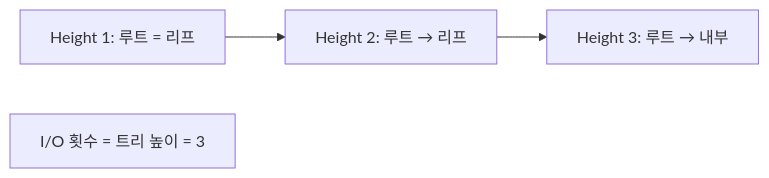
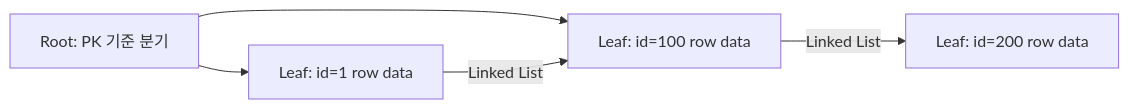
One commit to yjkim2015/yjkim2015.github.io changed the second of 4 diagrams in _posts/db/2026-05-01-db-index.md. Above: the diagram before and after it, drawn with Mermaid. The commit also changed other lines of this file and 4 other files, not shown here.

````diff
--- a/_posts/db/2026-05-01-db-index.md
+++ b/_posts/db/2026-05-01-db-index.md
@@ -63,8 +133,7 @@
 ```mermaid
 graph LR
-    H1["Height 1: 루트 = 리프"]
-    H2["Height 2: 루트 → 리프"]
-    H3["Height 3: 루트 → 내부"]
-    H1 --> H2 --> H3
-    note["I/O 횟수 = 트리 높이 = 3"]
+    Root["Root: PK 기준 분기"] --> L1["Leaf: id=1 row data"]
+    Root --> L2["Leaf: id=100 row data"]
+    L1 -->|"Linked List"| L2
+    L2 -->|"Linked List"| L3["Leaf: id=200 row data"]
 ```
````
